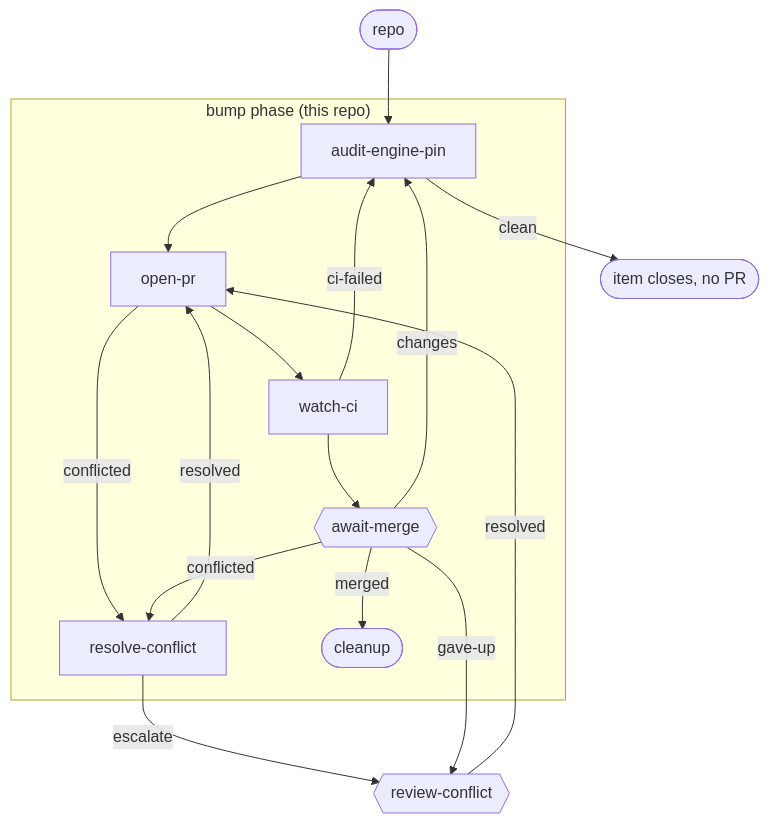
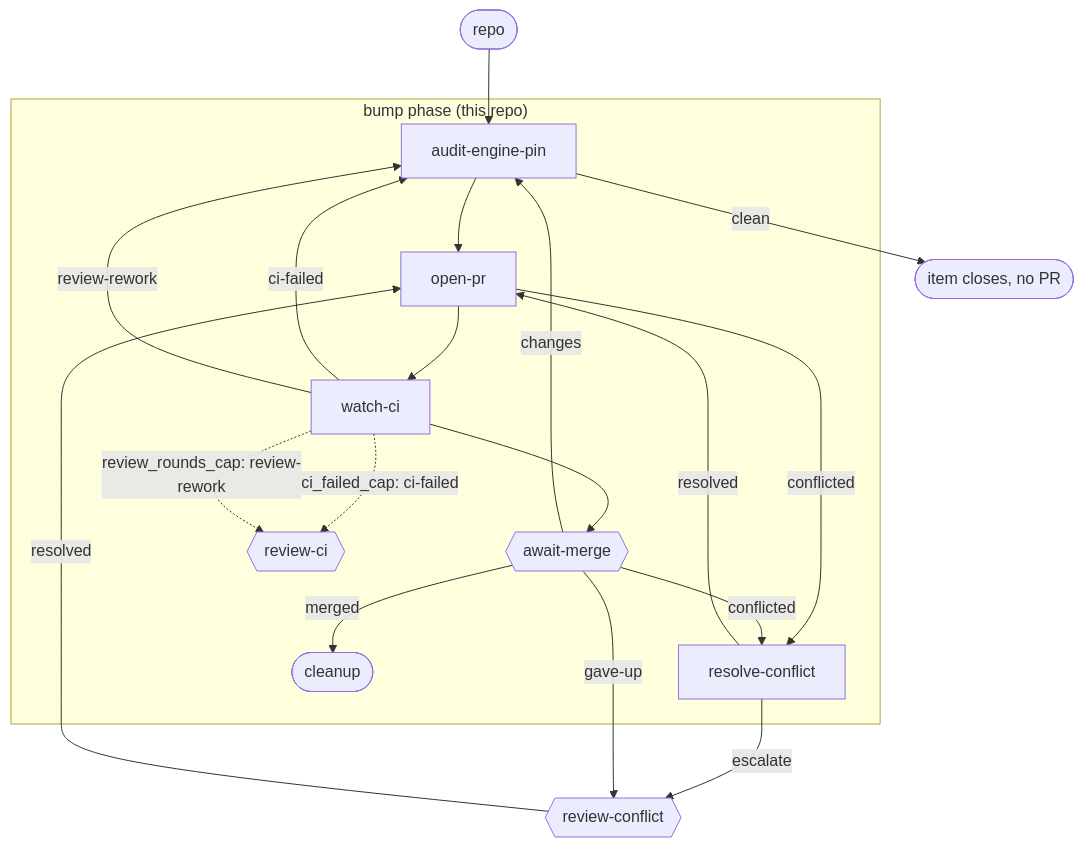
Before and after one commit to kenmclennan/lightcycle-workflows: the diagram in docs/bump-engine-pin.md, drawn with Mermaid. The commit also changed other lines of this file and 10 other files, not shown here.

First line of the commit message:
feat(steps): give watch-ci a review-rework outcome with its own cap (#223)

````diff
--- a/docs/bump-engine-pin.md
+++ b/docs/bump-engine-pin.md
@@ -15,17 +15,20 @@
 ```mermaid
 flowchart TD
     repo(["repo"]) --> AEP["audit-engine-pin"]
     AEP -->|clean| DONE(["item closes, no PR"])
     subgraph P ["bump phase (this repo)"]
         AEP --> OP["open-pr"] --> WCI["watch-ci"] --> AM{{"await-merge"}}
         WCI -->|ci-failed| AEP
+        WCI -->|review-rework| AEP
+        WCI -.->|"ci_failed_cap: ci-failed"| RCI{{"review-ci"}}
+        WCI -.->|"review_rounds_cap: review-rework"| RCI
         AM -->|changes| AEP
         OP -->|conflicted| RCF["resolve-conflict"]
         AM -->|conflicted| RCF
         RCF -->|resolved| OP
         AM -->|merged| CU(["cleanup"])
     end
     RCF -->|escalate| RCON{{"review-conflict"}}
     AM -->|gave-up| RCON
     RCON -->|resolved| OP
 ```
````
